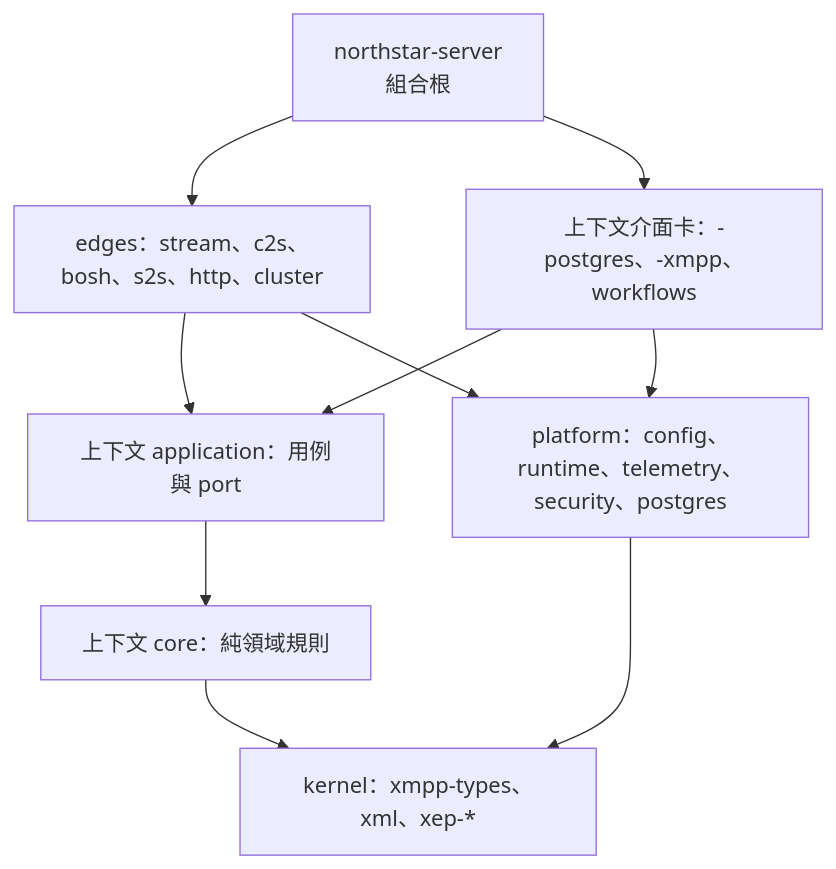
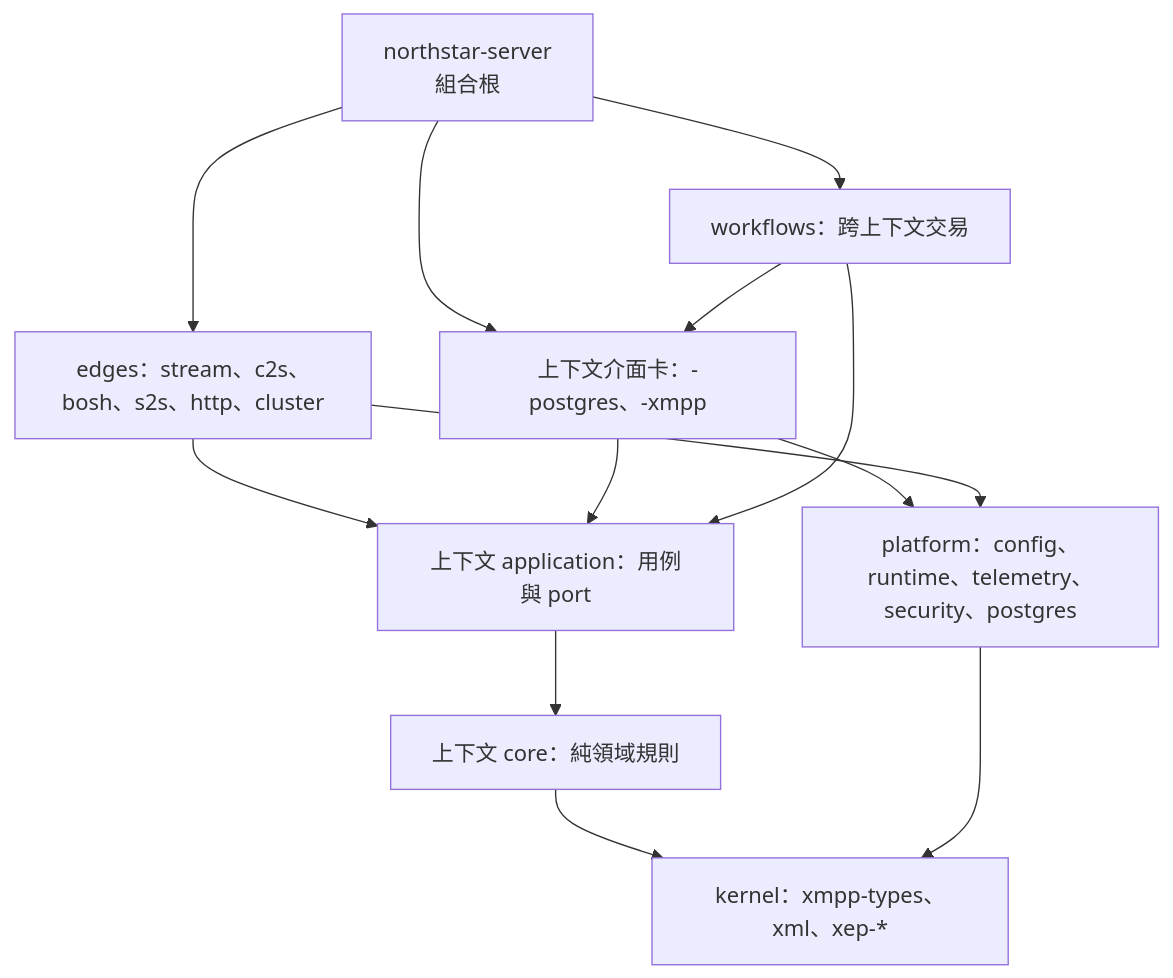
One commit to takanashi-tetsuya/northstar changed the diagram in docs/architecture/target-architecture.zh-TW.md. Above: the diagram before and after it, drawn with Mermaid. The commit also changed other lines of this file and 1 other file, not shown here.

````diff
--- a/docs/architecture/target-architecture.zh-TW.md
+++ b/docs/architecture/target-architecture.zh-TW.md
@@ -54,13 +54,16 @@
 ```mermaid
 flowchart TB
   server[northstar-server<br/>組合根] --> edges
   server --> adapters
+  server --> workflows
   edges[edges：stream、c2s、bosh、s2s、http、cluster] --> app
-  adapters[上下文介面卡：-postgres、-xmpp、workflows] --> app
+  adapters[上下文介面卡：-postgres、-xmpp] --> app
+  workflows[workflows：跨上下文交易] --> app
+  workflows --> adapters
   app[上下文 application：用例與 port] --> core
   core[上下文 core：純領域規則] --> kernel
   adapters --> platform
   edges --> platform
   platform[platform：config、runtime、telemetry、security、postgres] --> kernel
   kernel[kernel：xmpp-types、xml、xep-*]
 ```
````
